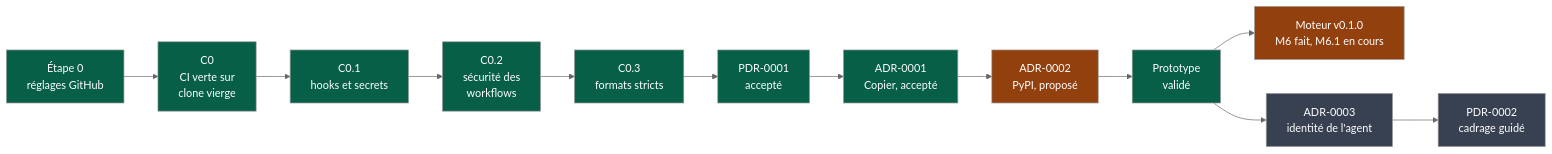
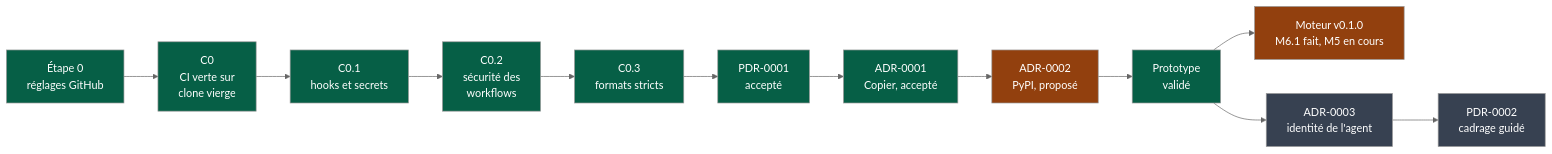
Before and after one commit to NapkinStack/engineering-os: the first of 2 diagrams in docs/governance/chantiers.md, drawn with Mermaid (neutral theme). The commit also changed 8 other files, not shown here.

````diff
--- a/docs/governance/chantiers.md
+++ b/docs/governance/chantiers.md
@@ -10,19 +10,19 @@
 ```mermaid
 flowchart LR
     S0["Étape 0<br/>réglages GitHub"]:::fait --> C0["C0<br/>CI verte sur<br/>clone vierge"]:::fait
     C0 --> C01["C0.1<br/>hooks et secrets"]:::fait
     C01 --> C02["C0.2<br/>sécurité des<br/>workflows"]:::fait
     C02 --> C03["C0.3<br/>formats stricts"]:::fait
     C03 --> PDR["PDR-0001<br/>accepté"]:::fait
     PDR --> A1["ADR-0001<br/>Copier, accepté"]:::fait
     A1 --> A2["ADR-0002<br/>PyPI, proposé"]:::partiel
     A2 --> PT["Prototype<br/>validé"]:::fait
-    PT --> RP["Moteur v0.1.0<br/>M6 fait, M6.1 en cours"]:::partiel
+    PT --> RP["Moteur v0.1.0<br/>M6.1 fait, M5 en cours"]:::partiel
     PT --> A3["ADR-0003<br/>identité de l'agent"]:::afaire
     A3 --> P2["PDR-0002<br/>cadrage guidé"]:::afaire
 
     classDef fait fill:#065f46,color:#fff
     classDef partiel fill:#92400e,color:#fff
     classDef afaire fill:#374151,color:#fff
     classDef bloque fill:#7c2d12,color:#fff
 ```
````
